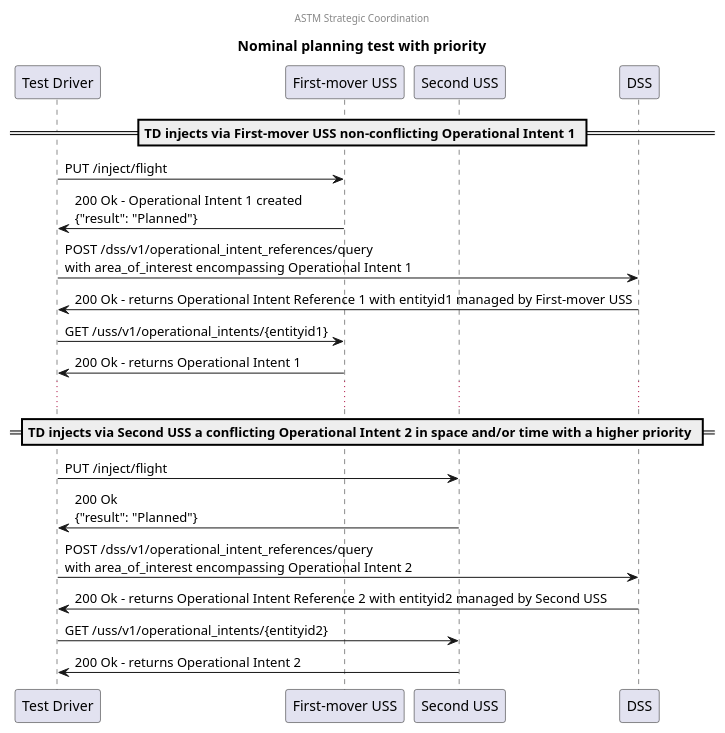
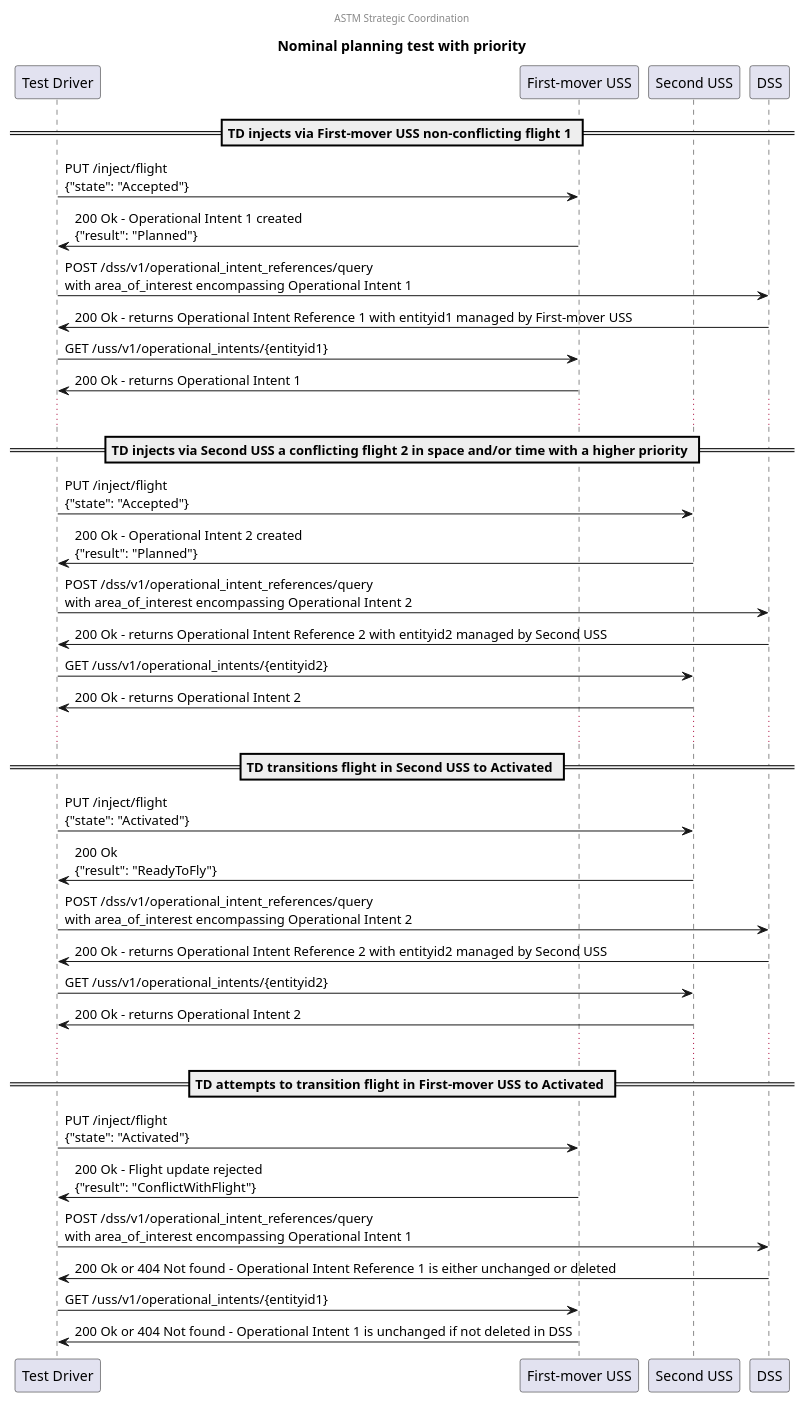
Before and after one commit to interuss/dss: the diagram in interfaces/automated-testing/scd/design/astm-strategic-coordination/nominal-planning-priority/sequence.plantuml, drawn with PlantUML. The commit also changed 2 other files, not shown here.

```diff
--- a/interfaces/automated-testing/scd/design/astm-strategic-coordination/nominal-planning-priority/sequence.plantuml
+++ b/interfaces/automated-testing/scd/design/astm-strategic-coordination/nominal-planning-priority/sequence.plantuml
@@ -1,34 +1,60 @@
 @startuml
 center header ASTM Strategic Coordination
 title Nominal planning test with priority
 
 participant "Test Driver" as TD
 participant "First-mover USS" as USS1
 participant "Second USS" as USS2
 participant "DSS"
 
-== TD injects via First-mover USS non-conflicting Operational Intent 1 ==
+== TD injects via First-mover USS non-conflicting flight 1 ==
 
-TD -> USS1: PUT /inject/flight
+TD -> USS1: PUT /inject/flight\n{"state": "Accepted"}
 TD <- USS1: 200 Ok - Operational Intent 1 created\n{"result": "Planned"}
 
 TD -> DSS: POST /dss/v1/operational_intent_references/query\nwith area_of_interest encompassing Operational Intent 1
 TD <- DSS: 200 Ok - returns Operational Intent Reference 1 with entityid1 managed by First-mover USS
 
 TD -> USS1: GET /uss/v1/operational_intents/{entityid1}
 TD <- USS1: 200 Ok - returns Operational Intent 1
 
 ...
 
-== TD injects via Second USS a conflicting Operational Intent 2 in space and/or time with a higher priority ==
+== TD injects via Second USS a conflicting flight 2 in space and/or time with a higher priority ==
 
-TD -> USS2: PUT /inject/flight
-TD <- USS2: 200 Ok\n{"result": "Planned"}
+TD -> USS2: PUT /inject/flight\n{"state": "Accepted"}
+TD <- USS2: 200 Ok - Operational Intent 2 created\n{"result": "Planned"}
 
 TD -> DSS: POST /dss/v1/operational_intent_references/query\nwith area_of_interest encompassing Operational Intent 2
 TD <- DSS: 200 Ok - returns Operational Intent Reference 2 with entityid2 managed by Second USS
 
 TD -> USS2: GET /uss/v1/operational_intents/{entityid2}
 TD <- USS2: 200 Ok - returns Operational Intent 2
 
+...
+
+== TD transitions flight in Second USS to Activated ==
+
+TD -> USS2: PUT /inject/flight\n{"state": "Activated"}
+TD <- USS2: 200 Ok\n{"result": "ReadyToFly"}
+
+TD -> DSS: POST /dss/v1/operational_intent_references/query\nwith area_of_interest encompassing Operational Intent 2
+TD <- DSS: 200 Ok - returns Operational Intent Reference 2 with entityid2 managed by Second USS
+
+TD -> USS2: GET /uss/v1/operational_intents/{entityid2}
+TD <- USS2: 200 Ok - returns Operational Intent 2
+
+...
+
+== TD attempts to transition flight in First-mover USS to Activated ==
+
+TD -> USS1: PUT /inject/flight\n{"state": "Activated"}
+TD <- USS1: 200 Ok - Flight update rejected\n{"result": "ConflictWithFlight"}
+
+TD -> DSS: POST /dss/v1/operational_intent_references/query\nwith area_of_interest encompassing Operational Intent 1
+TD <- DSS: 200 Ok or 404 Not found - Operational Intent Reference 1 is either unchanged or deleted
+
+TD -> USS1: GET /uss/v1/operational_intents/{entityid1}
+TD <- USS1: 200 Ok or 404 Not found - Operational Intent 1 is unchanged if not deleted in DSS
+
 @enduml
```
